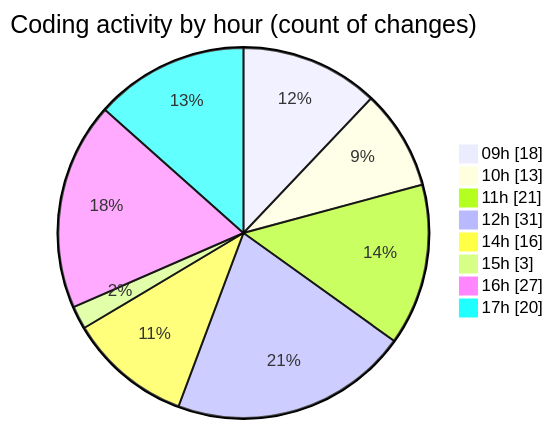
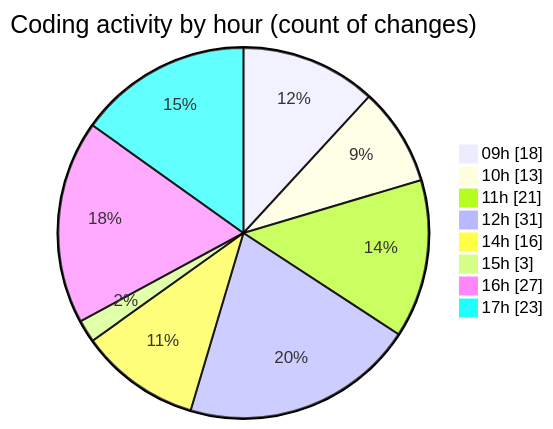
The second of 2 diagrams in 2026-08-12/cda/README.md (momahboobian/code-tracking), drawn with Mermaid before and after one commit. The commit also changed other lines of this file and 1 other file, not shown here.

````diff
--- a/2026-08-12/cda/README.md
+++ b/2026-08-12/cda/README.md
@@ -76,12 +76,12 @@
 ```mermaid
 pie showData
 title Coding activity by hour (count of changes)
 "09h" : 18
 "10h" : 13
 "11h" : 21
 "12h" : 31
 "14h" : 16
 "15h" : 3
 "16h" : 27
-"17h" : 20
+"17h" : 23
 ```
````
